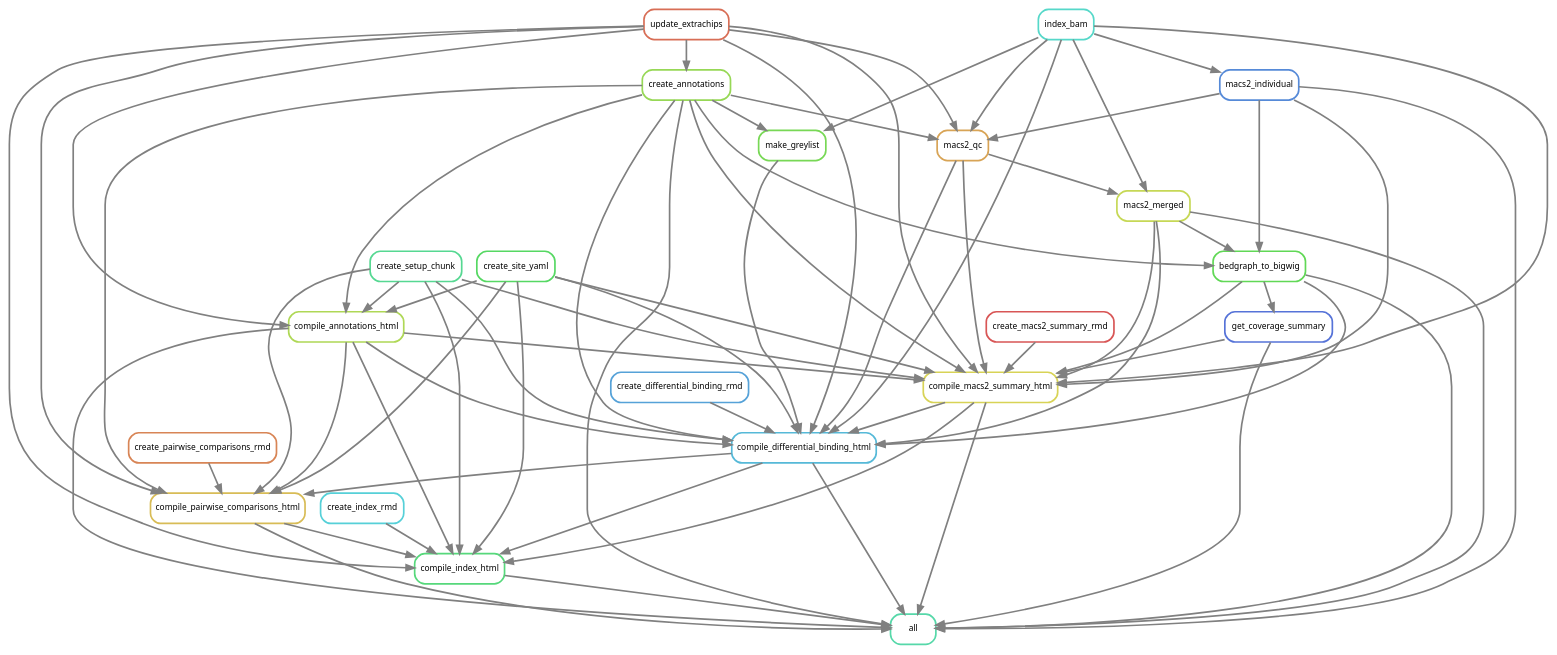
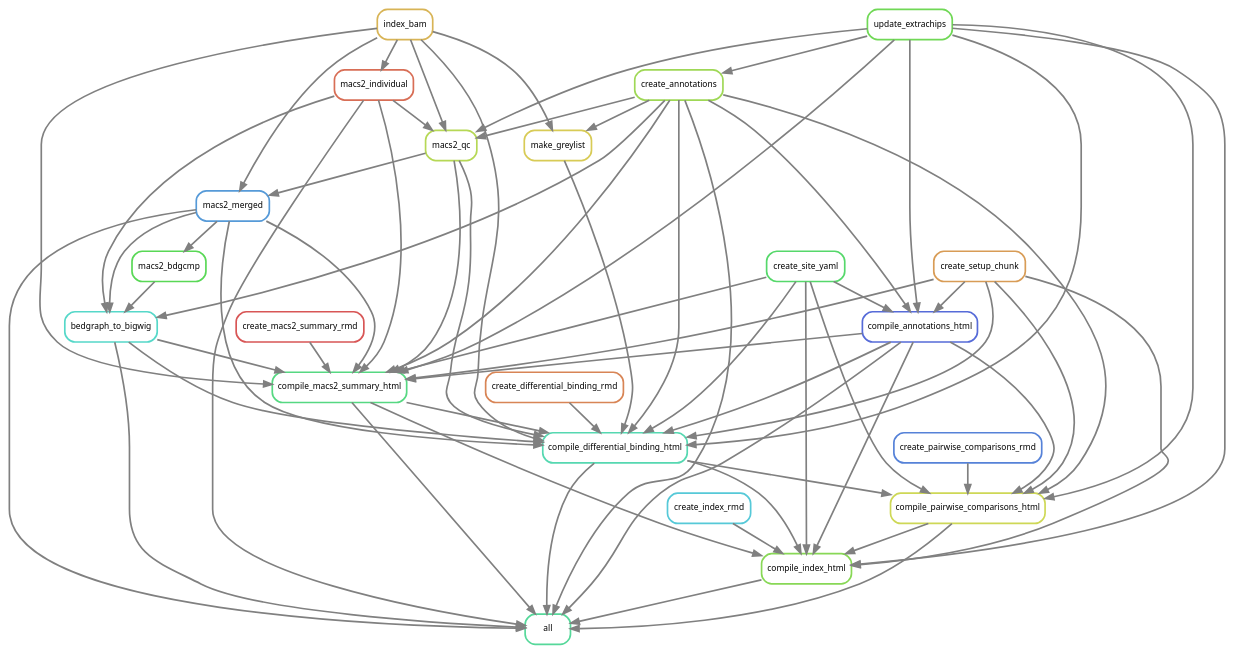
The diagram in workflow/rules/rulegraph.dot (smped/GRAVI_PRJNA509779), drawn with Graphviz before and after one commit. The commit also changed 271 other files, not shown here.

```diff
--- a/workflow/rules/rulegraph.dot
+++ b/workflow/rules/rulegraph.dot
@@ -1,93 +1,92 @@
 digraph snakemake_dag {
     graph[bgcolor=white, margin=0];
     node[shape=box, style=rounded, fontname=sans,                 fontsize=10, penwidth=2];
     edge[penwidth=2, color=grey];
-	0[label = "all", color = "0.44 0.6 0.85", style="rounded"];
-	1[label = "compile_annotations_html", color = "0.22 0.6 0.85", style="rounded"];
-	2[label = "update_extrachips", color = "0.03 0.6 0.85", style="rounded"];
-	3[label = "create_annotations", color = "0.25 0.6 0.85", style="rounded"];
-	4[label = "create_setup_chunk", color = "0.41 0.6 0.85", style="rounded"];
-	5[label = "create_site_yaml", color = "0.35 0.6 0.85", style="rounded"];
-	6[label = "compile_macs2_summary_html", color = "0.16 0.6 0.85", style="rounded"];
-	7[label = "index_bam", color = "0.48 0.6 0.85", style="rounded"];
-	8[label = "bedgraph_to_bigwig", color = "0.32 0.6 0.85", style="rounded"];
-	9[label = "macs2_merged", color = "0.19 0.6 0.85", style="rounded"];
-	10[label = "macs2_qc", color = "0.10 0.6 0.85", style="rounded"];
-	11[label = "macs2_individual", color = "0.60 0.6 0.85", style="rounded"];
-	12[label = "get_coverage_summary", color = "0.63 0.6 0.85", style="rounded"];
-	13[label = "create_macs2_summary_rmd", color = "0.00 0.6 0.85", style="rounded"];
-	14[label = "compile_differential_binding_html", color = "0.54 0.6 0.85", style="rounded"];
-	15[label = "make_greylist", color = "0.29 0.6 0.85", style="rounded"];
-	16[label = "create_differential_binding_rmd", color = "0.57 0.6 0.85", style="rounded"];
-	17[label = "compile_pairwise_comparisons_html", color = "0.13 0.6 0.85", style="rounded"];
-	18[label = "create_pairwise_comparisons_rmd", color = "0.06 0.6 0.85", style="rounded"];
-	19[label = "compile_index_html", color = "0.38 0.6 0.85", style="rounded"];
-	20[label = "create_index_rmd", color = "0.51 0.6 0.85", style="rounded"];
-	14 -> 0
+	0[label = "all", color = "0.42 0.6 0.85", style="rounded"];
+	1[label = "compile_annotations_html", color = "0.64 0.6 0.85", style="rounded"];
+	2[label = "update_extrachips", color = "0.30 0.6 0.85", style="rounded"];
+	3[label = "create_annotations", color = "0.24 0.6 0.85", style="rounded"];
+	4[label = "create_setup_chunk", color = "0.09 0.6 0.85", style="rounded"];
+	5[label = "create_site_yaml", color = "0.36 0.6 0.85", style="rounded"];
+	6[label = "compile_macs2_summary_html", color = "0.39 0.6 0.85", style="rounded"];
+	7[label = "index_bam", color = "0.12 0.6 0.85", style="rounded"];
+	8[label = "bedgraph_to_bigwig", color = "0.48 0.6 0.85", style="rounded"];
+	9[label = "macs2_merged", color = "0.58 0.6 0.85", style="rounded"];
+	10[label = "macs2_qc", color = "0.21 0.6 0.85", style="rounded"];
+	11[label = "macs2_individual", color = "0.03 0.6 0.85", style="rounded"];
+	12[label = "create_macs2_summary_rmd", color = "0.00 0.6 0.85", style="rounded"];
+	13[label = "compile_differential_binding_html", color = "0.45 0.6 0.85", style="rounded"];
+	14[label = "make_greylist", color = "0.15 0.6 0.85", style="rounded"];
+	15[label = "create_differential_binding_rmd", color = "0.06 0.6 0.85", style="rounded"];
+	16[label = "compile_pairwise_comparisons_html", color = "0.18 0.6 0.85", style="rounded"];
+	17[label = "create_pairwise_comparisons_rmd", color = "0.61 0.6 0.85", style="rounded"];
+	18[label = "compile_index_html", color = "0.27 0.6 0.85", style="rounded"];
+	19[label = "create_index_rmd", color = "0.52 0.6 0.85", style="rounded"];
+	20[label = "macs2_bdgcmp", color = "0.33 0.6 0.85", style="rounded"];
+	6 -> 0
+	3 -> 0
+	9 -> 0
+	13 -> 0
+	11 -> 0
+	8 -> 0
 	1 -> 0
-	3 -> 0
-	8 -> 0
-	17 -> 0
-	6 -> 0
-	19 -> 0
-	11 -> 0
-	12 -> 0
-	9 -> 0
-	5 -> 1
+	18 -> 0
+	16 -> 0
 	3 -> 1
 	2 -> 1
+	5 -> 1
 	4 -> 1
 	2 -> 3
-	7 -> 6
+	12 -> 6
+	10 -> 6
+	3 -> 6
+	9 -> 6
+	11 -> 6
+	8 -> 6
 	1 -> 6
-	3 -> 6
-	13 -> 6
-	8 -> 6
-	5 -> 6
-	10 -> 6
 	4 -> 6
 	2 -> 6
-	11 -> 6
-	12 -> 6
-	9 -> 6
+	7 -> 6
+	5 -> 6
+	11 -> 8
 	3 -> 8
-	11 -> 8
 	9 -> 8
+	20 -> 8
+	10 -> 9
 	7 -> 9
-	10 -> 9
+	11 -> 10
+	3 -> 10
+	2 -> 10
 	7 -> 10
-	11 -> 10
-	2 -> 10
-	3 -> 10
 	7 -> 11
-	8 -> 12
+	6 -> 13
+	10 -> 13
+	3 -> 13
+	9 -> 13
+	8 -> 13
+	15 -> 13
+	1 -> 13
+	4 -> 13
+	2 -> 13
+	7 -> 13
+	14 -> 13
+	5 -> 13
+	3 -> 14
 	7 -> 14
-	1 -> 14
-	3 -> 14
-	15 -> 14
-	8 -> 14
-	5 -> 14
-	10 -> 14
-	2 -> 14
-	6 -> 14
-	16 -> 14
-	4 -> 14
-	9 -> 14
-	7 -> 15
-	3 -> 15
-	14 -> 17
-	1 -> 17
-	3 -> 17
-	5 -> 17
-	2 -> 17
-	18 -> 17
-	4 -> 17
-	14 -> 19
-	1 -> 19
-	20 -> 19
-	5 -> 19
-	17 -> 19
-	2 -> 19
-	6 -> 19
-	4 -> 19
+	17 -> 16
+	3 -> 16
+	13 -> 16
+	1 -> 16
+	4 -> 16
+	2 -> 16
+	5 -> 16
+	6 -> 18
+	13 -> 18
+	1 -> 18
+	19 -> 18
+	4 -> 18
+	2 -> 18
+	5 -> 18
+	16 -> 18
+	9 -> 20
 }            
```
